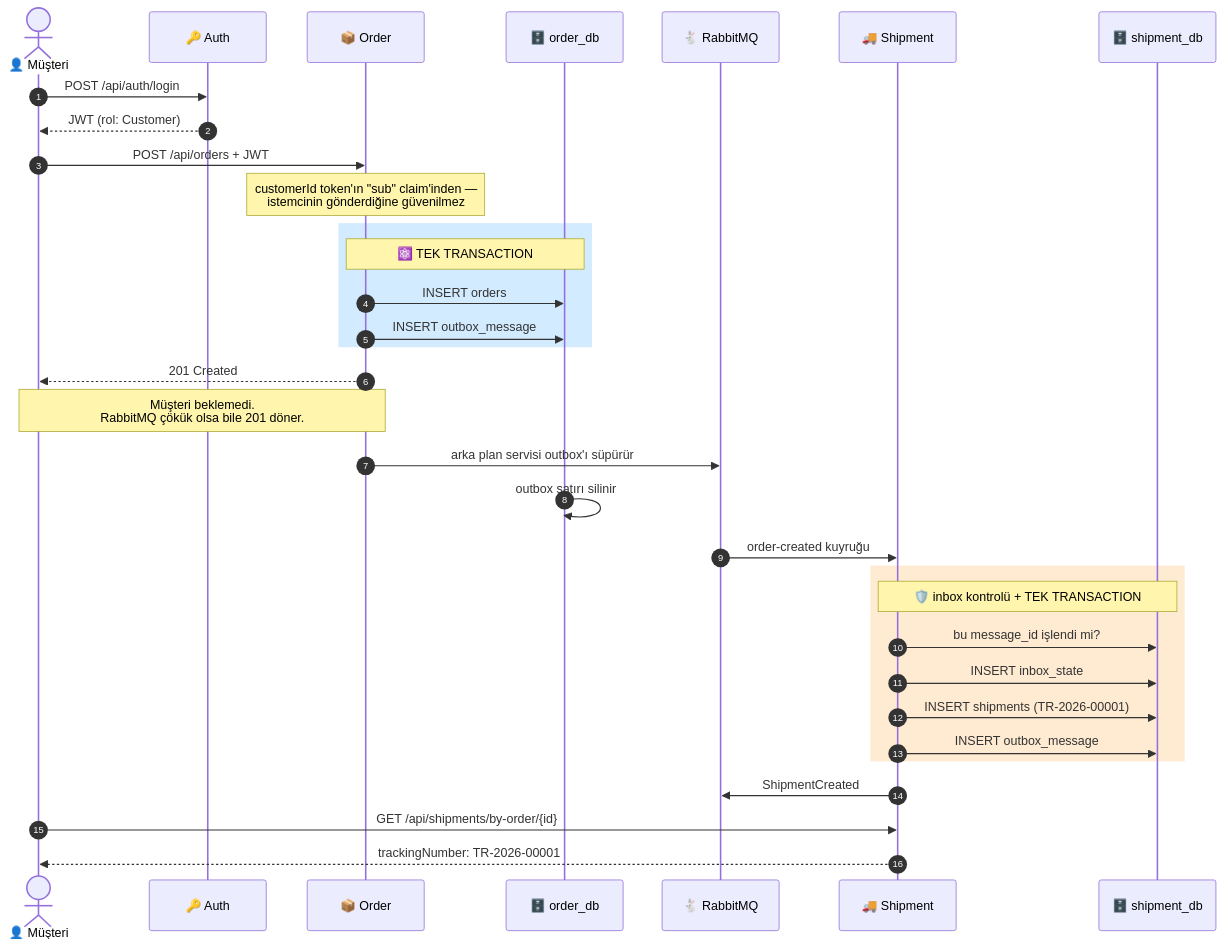
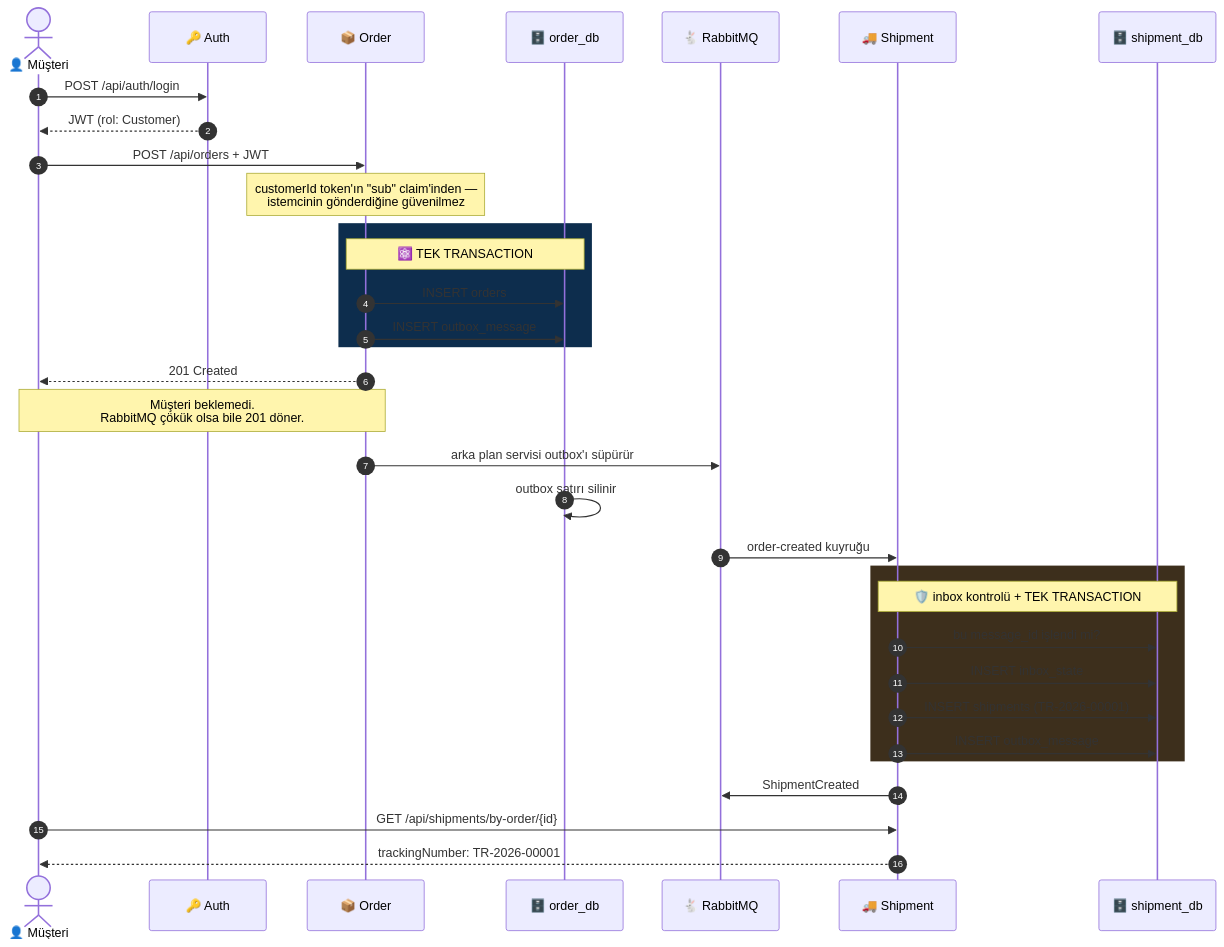
Before and after one commit to erenctns/Logistic-Microservice_Mvp: the diagram in assets/diagrams/senaryo.mmd, drawn with Mermaid. The commit also changed 4 other files, not shown here.

Commit message:
docs: darken sequence diagram highlight blocks

```diff
--- a/assets/diagrams/senaryo.mmd
+++ b/assets/diagrams/senaryo.mmd
@@ -1,40 +1,40 @@
 sequenceDiagram
     autonumber
     actor M as 👤 Müşteri
     participant A as 🔑 Auth
     participant O as 📦 Order
     participant ODB as 🗄️ order_db
     participant R as 🐇 RabbitMQ
     participant S as 🚚 Shipment
     participant SDB as 🗄️ shipment_db
 
     M->>A: POST /api/auth/login
     A-->>M: JWT (rol: Customer)
 
     M->>O: POST /api/orders + JWT
     Note over O: customerId token'ın "sub" claim'inden —<br/>istemcinin gönderdiğine güvenilmez
 
-    rect rgb(210, 235, 255)
+    rect rgb(13, 45, 77)
     Note over O,ODB: ⚛️ TEK TRANSACTION
     O->>ODB: INSERT orders
     O->>ODB: INSERT outbox_message
     end
 
     O-->>M: 201 Created
     Note over M,O: Müşteri beklemedi.<br/>RabbitMQ çökük olsa bile 201 döner.
 
     O->>R: arka plan servisi outbox'ı süpürür
     ODB->>ODB: outbox satırı silinir
     R->>S: order-created kuyruğu
 
-    rect rgb(255, 235, 210)
+    rect rgb(61, 47, 28)
     Note over S,SDB: 🛡️ inbox kontrolü + TEK TRANSACTION
     S->>SDB: bu message_id işlendi mi?
     S->>SDB: INSERT inbox_state
     S->>SDB: INSERT shipments (TR-2026-00001)
     S->>SDB: INSERT outbox_message
     end
 
     S->>R: ShipmentCreated
     M->>S: GET /api/shipments/by-order/{id}
     S-->>M: trackingNumber: TR-2026-00001
```
